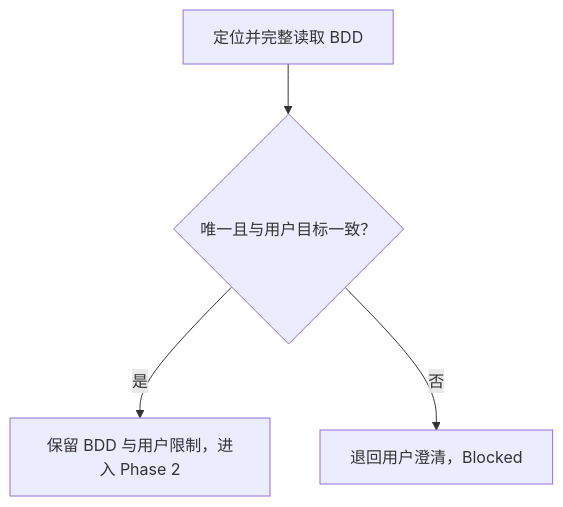
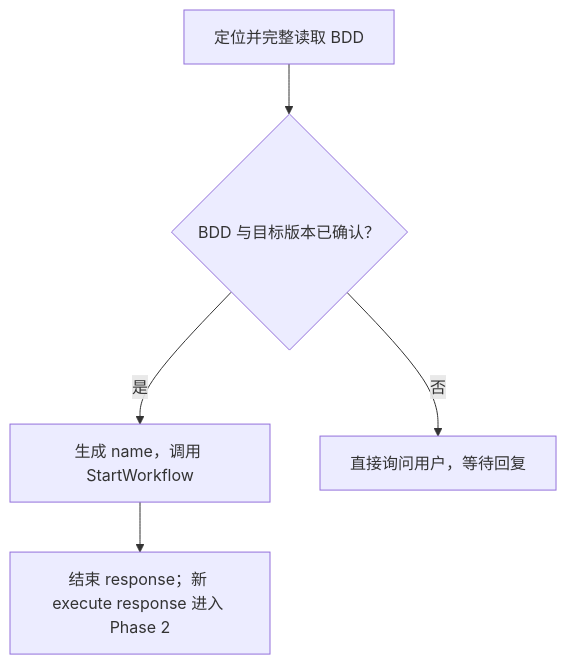
The first of 5 diagrams in assets/scout/skills/domain-rbt-coordinator/SKILL.md (daihothot/scout), drawn with Mermaid before and after one commit. The commit also changed other lines of this file and 11 other files, not shown here.

First line of the commit message:
docs(rbt): align main-flow Skills with structured Artifact handoffs

````diff
--- a/assets/scout/skills/domain-rbt-coordinator/SKILL.md
+++ b/assets/scout/skills/domain-rbt-coordinator/SKILL.md
@@ -118,6 +124,7 @@
 ```mermaid
 flowchart TD
-  A["定位并完整读取 BDD"] --> B{"唯一且与用户目标一致？"}
-  B -- "是" --> C["保留 BDD 与用户限制，进入 Phase 2"]
-  B -- "否" --> D["退回用户澄清，Blocked"]
+  A["定位并完整读取 BDD"] --> B{"BDD 与目标版本已确认？"}
+  B -- "是" --> C["生成 name，调用 StartWorkflow"]
+  B -- "否" --> D["直接询问用户，等待回复"]
+  C --> E["结束 response；新 execute response 进入 Phase 2"]
 ```
````
